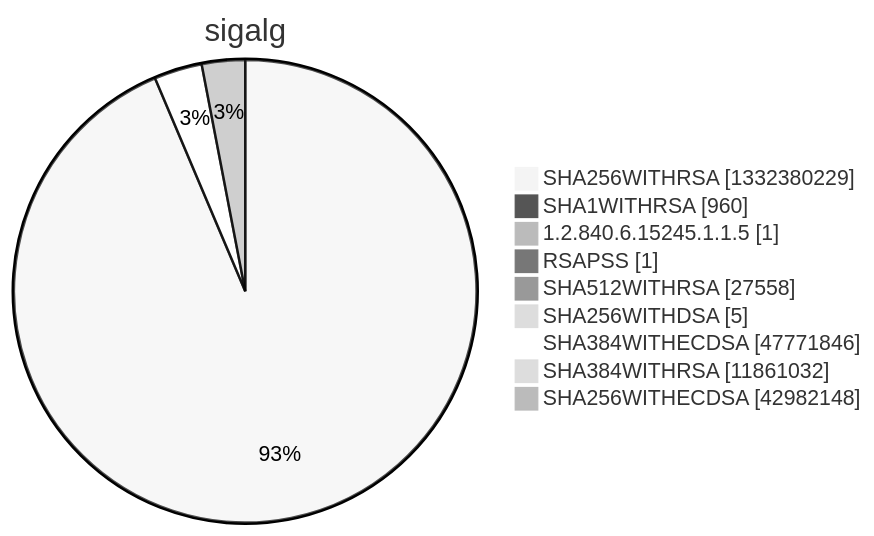
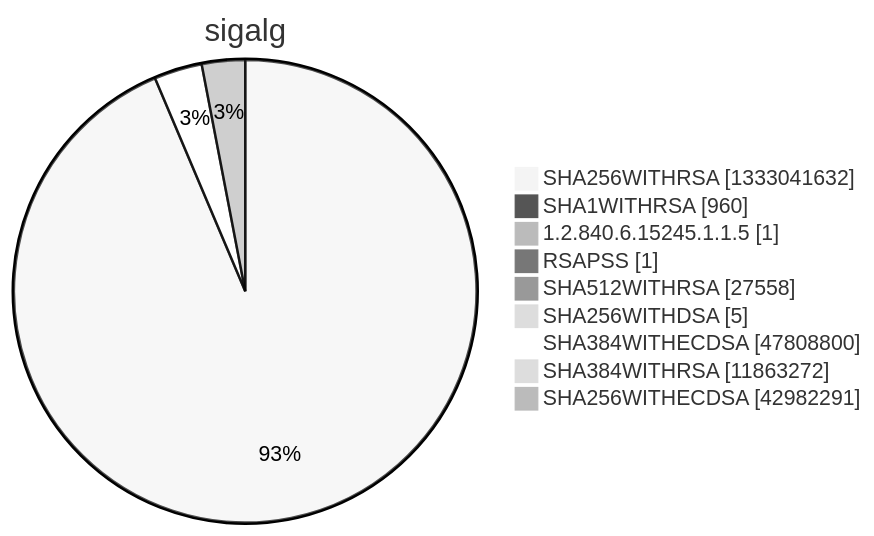
Before and after one commit to christiankrug/ctmonitor_visualization: diagram 15 of 15 in argon2022/README.md, drawn with Mermaid (neutral theme). The commit also changed other lines of this file, not shown here.

````diff
--- a/argon2022/README.md
+++ b/argon2022/README.md
@@ -5524,13 +5524,13 @@
 ```mermaid
 pie showData
 title sigalg
-"SHA256WITHRSA" :1332380229
+"SHA256WITHRSA" :1333041632
 "SHA1WITHRSA" :960
 "1.2.840.6.15245.1.1.5" :1
 "RSAPSS" :1
 "SHA512WITHRSA" :27558
 "SHA256WITHDSA" :5
-"SHA384WITHECDSA" :47771846
-"SHA384WITHRSA" :11861032
-"SHA256WITHECDSA" :42982148
+"SHA384WITHECDSA" :47808800
+"SHA384WITHRSA" :11863272
+"SHA256WITHECDSA" :42982291
 ```
````
